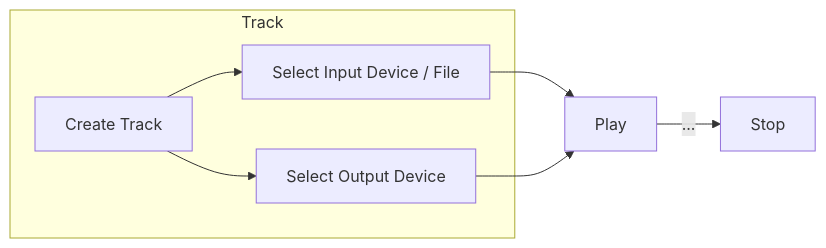
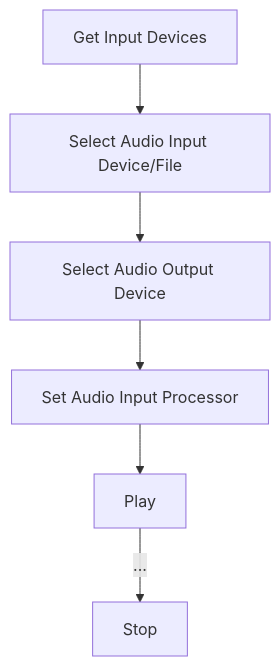
Before and after one commit to aidan-clyens/miniaudioengine: the tenth of 16 diagrams in docs/DESIGN_DOC.md, drawn with Mermaid. The commit also changed other lines of this file, not shown here.

````diff
--- a/docs/DESIGN_DOC.md
+++ b/docs/DESIGN_DOC.md
@@ -217,18 +298,16 @@
 ```mermaid
-flowchart LR
+flowchart TD
 
-    subgraph Track["Track"]
-        Step1["Create Track"]
-        Step2["Select Input Device / File"]
-        Step3["Select Output Device"]
-    end
-
-    Step4["Play"]
-    Step5["Stop"]
+    Step1["Get Input Devices"]
+    Step2["Select Audio Input Device/File"]
+    Step3["Select Audio Output Device"]
+    Step4["Set Audio Input Processor"]
+    Step5["Play"]
+    Step6["Stop"]
 
     Step1 --> Step2
-    Step1 --> Step3
-    Step2 --> Step4
+    Step2 --> Step3
     Step3 --> Step4
-    Step4 -->|...| Step5
+    Step4 --> Step5
+    Step5 --> |...|Step6
 ```
````
